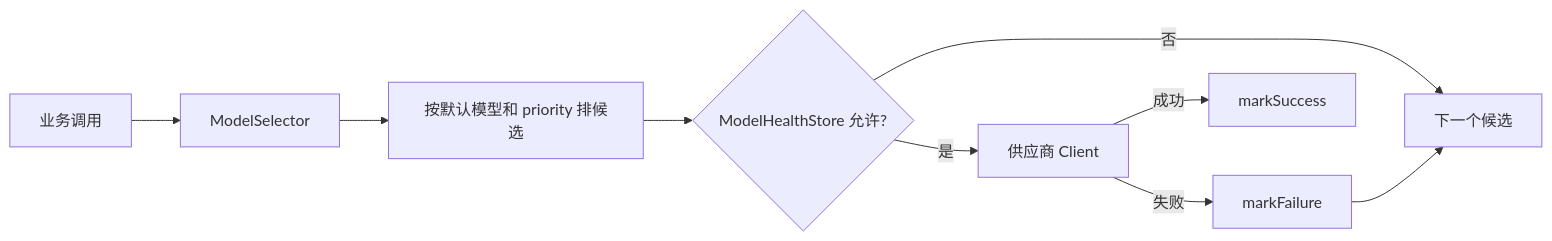
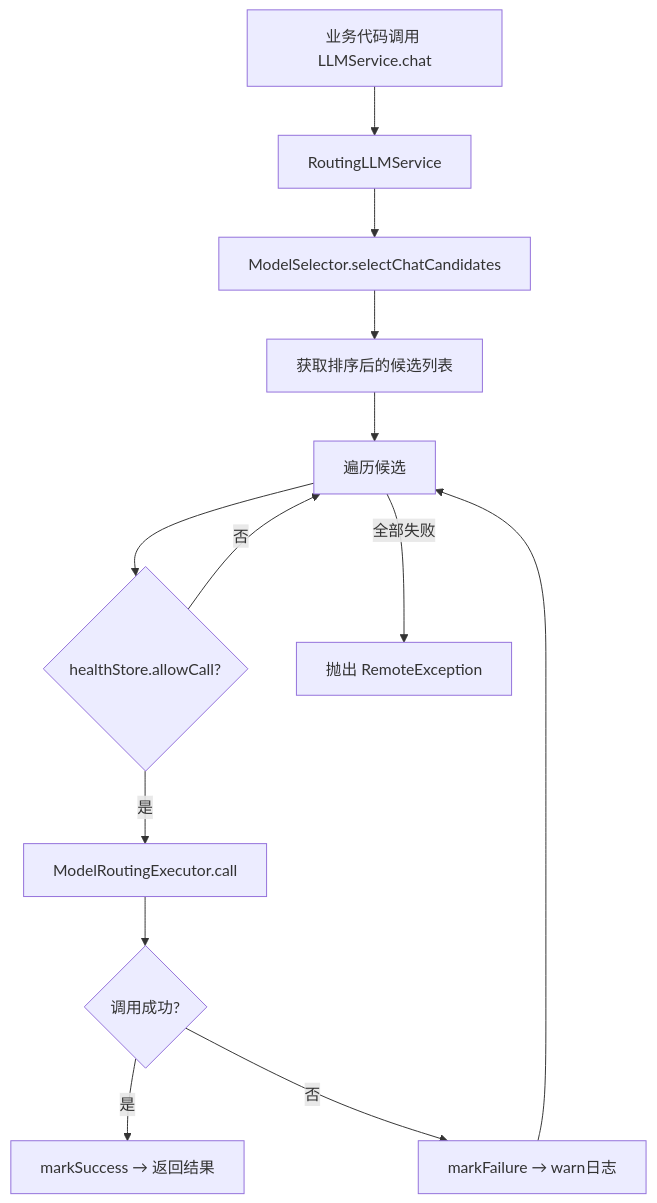
The third of 5 diagrams in docs/learning-notes/08-模型调用与路由容错.md (Purpose-C/ragent), drawn with Mermaid before and after one commit. The commit also changed other lines of this file and 19 other files, not shown here.

````diff
--- a/docs/learning-notes/08-模型调用与路由容错.md
+++ b/docs/learning-notes/08-模型调用与路由容错.md
@@ -15,11 +856,15 @@
 ```mermaid
-flowchart LR
-    Call[业务调用] --> Sel[ModelSelector]
-    Sel --> C[按默认模型和 priority 排候选]
-    C --> H{ModelHealthStore 允许?}
-    H -->|否| Next[下一个候选]
-    H -->|是| Client[供应商 Client]
-    Client -->|成功| OK[markSuccess]
-    Client -->|失败| Fail[markFailure]
-    Fail --> Next
+flowchart TD
+    A[业务代码调用 LLMService.chat] --> B[RoutingLLMService]
+    B --> C[ModelSelector.selectChatCandidates]
+    C --> D[获取排序后的候选列表]
+    D --> E[遍历候选]
+    E --> F{healthStore.allowCall?}
+    F -->|否| E
+    F -->|是| G[ModelRoutingExecutor.call]
+    G --> H{调用成功?}
+    H -->|是| I[markSuccess → 返回结果]
+    H -->|否| J[markFailure → warn日志]
+    J --> E
+    E -->|全部失败| K[抛出 RemoteException]
 ```
````
